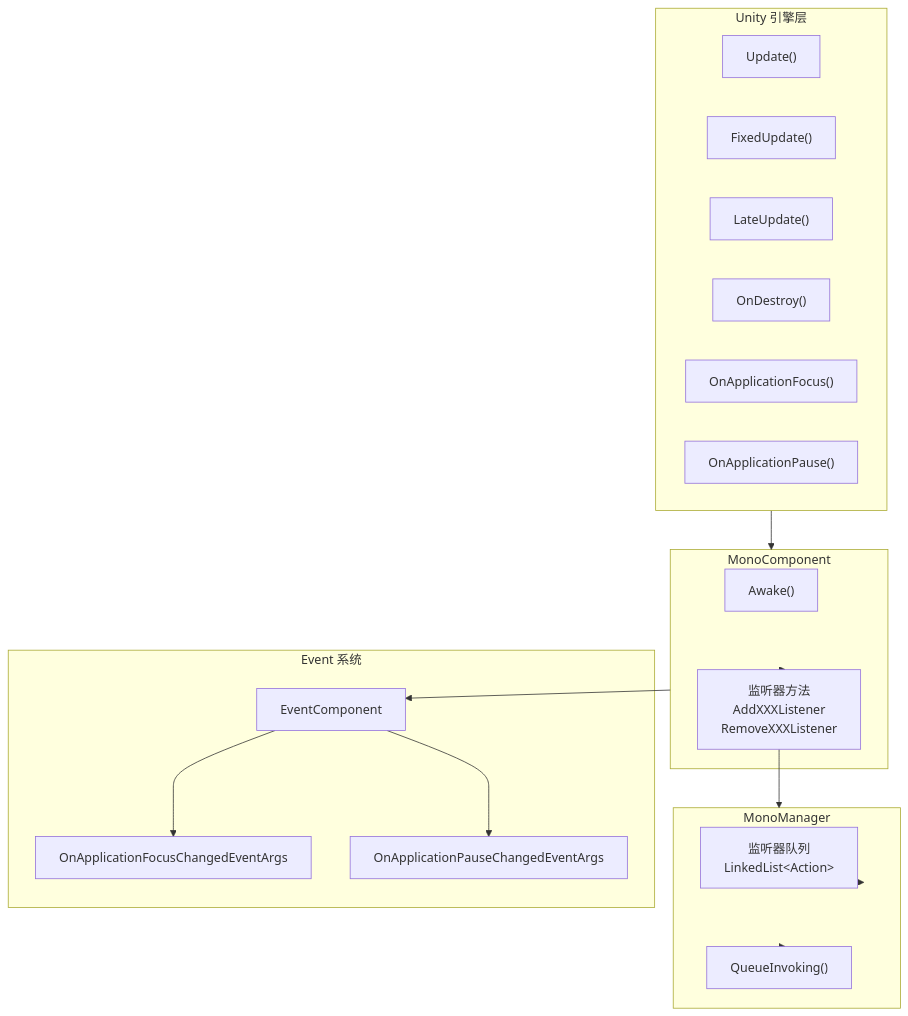
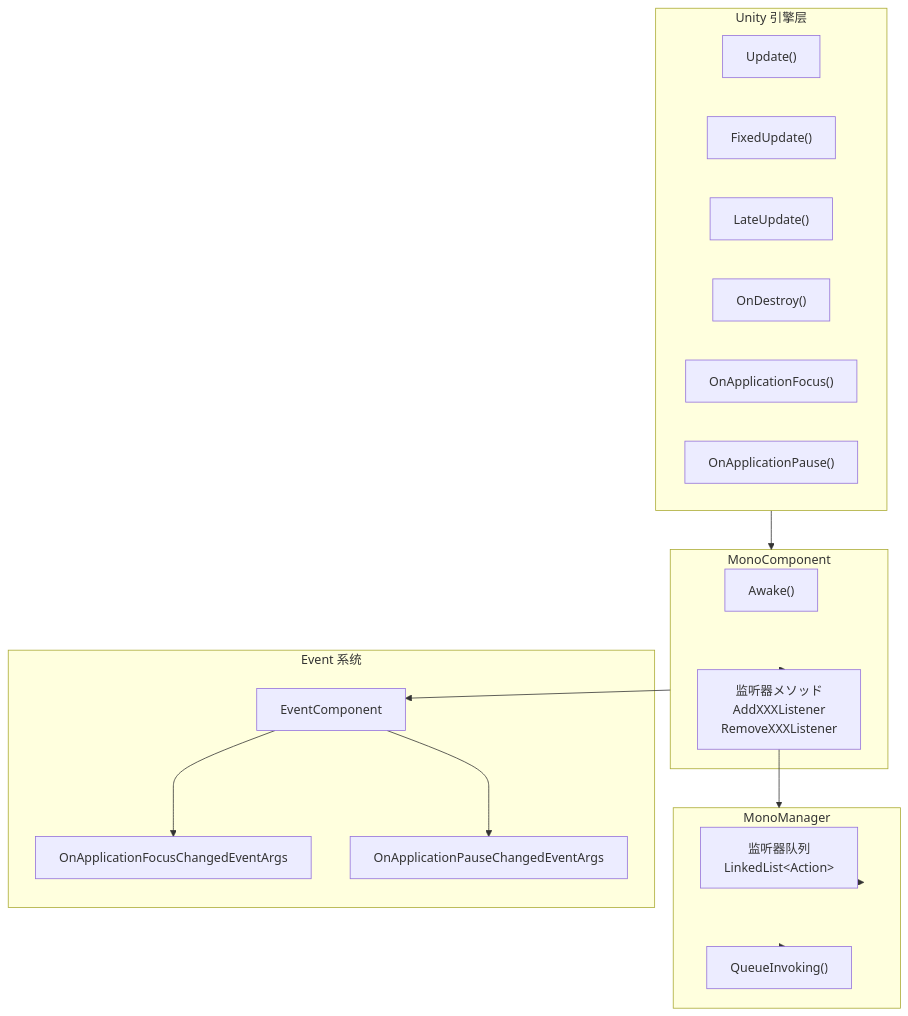
One commit to AlianBlank/GameFrameX.Docs changed the diagram in docs/ja/client/unity/component/mono/08.troubleshooting.md. Above: the diagram before and after it, drawn with Mermaid. The commit also changed other lines of this file and 603 other files, not shown here.

````diff
--- a/docs/ja/client/unity/component/mono/08.troubleshooting.md
+++ b/docs/ja/client/unity/component/mono/08.troubleshooting.md
@@ -372,36 +372,36 @@
 ```mermaid
 flowchart TD
     subgraph Unity["Unity 引擎层"]
         Update["Update()"]
         FixedUpdate["FixedUpdate()"]
         LateUpdate["LateUpdate()"]
         OnDestroy["OnDestroy()"]
         OnAppFocus["OnApplicationFocus()"]
         OnAppPause["OnApplicationPause()"]
     end
 
     subgraph MonoComponent["MonoComponent"]
         Awake["Awake()"]
-        Listeners["监听器方法<br/>AddXXXListener<br/>RemoveXXXListener"]
+        Listeners["监听器メソッド<br/>AddXXXListener<br/>RemoveXXXListener"]
     end
 
     subgraph MonoManager["MonoManager"]
         Queues["监听器队列<br/>LinkedList&lt;Action&gt;"]
         Invoke["QueueInvoking()"]
     end
 
     subgraph EventSystem["Event 系统"]
         EventComp["EventComponent"]
         FocusEvent["OnApplicationFocusChangedEventArgs"]
         PauseEvent["OnApplicationPauseChangedEventArgs"]
     end
 
     Unity --> MonoComponent
     MonoComponent --> Listeners
     Listeners --> MonoManager
     MonoManager --> Queues
     MonoManager --> Invoke
     MonoComponent --> EventComp
     EventComp --> FocusEvent
     EventComp --> PauseEvent
 ```
````
